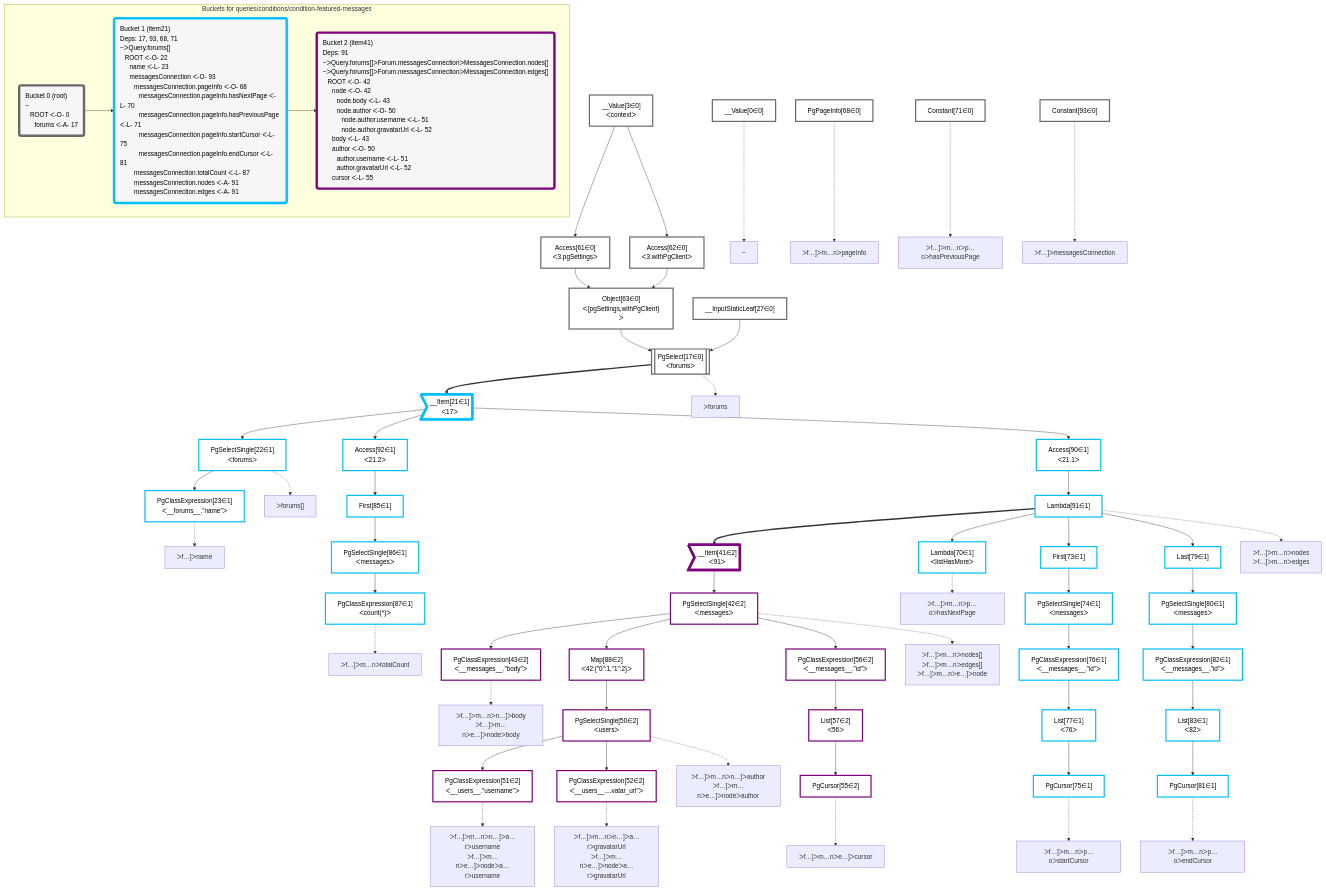
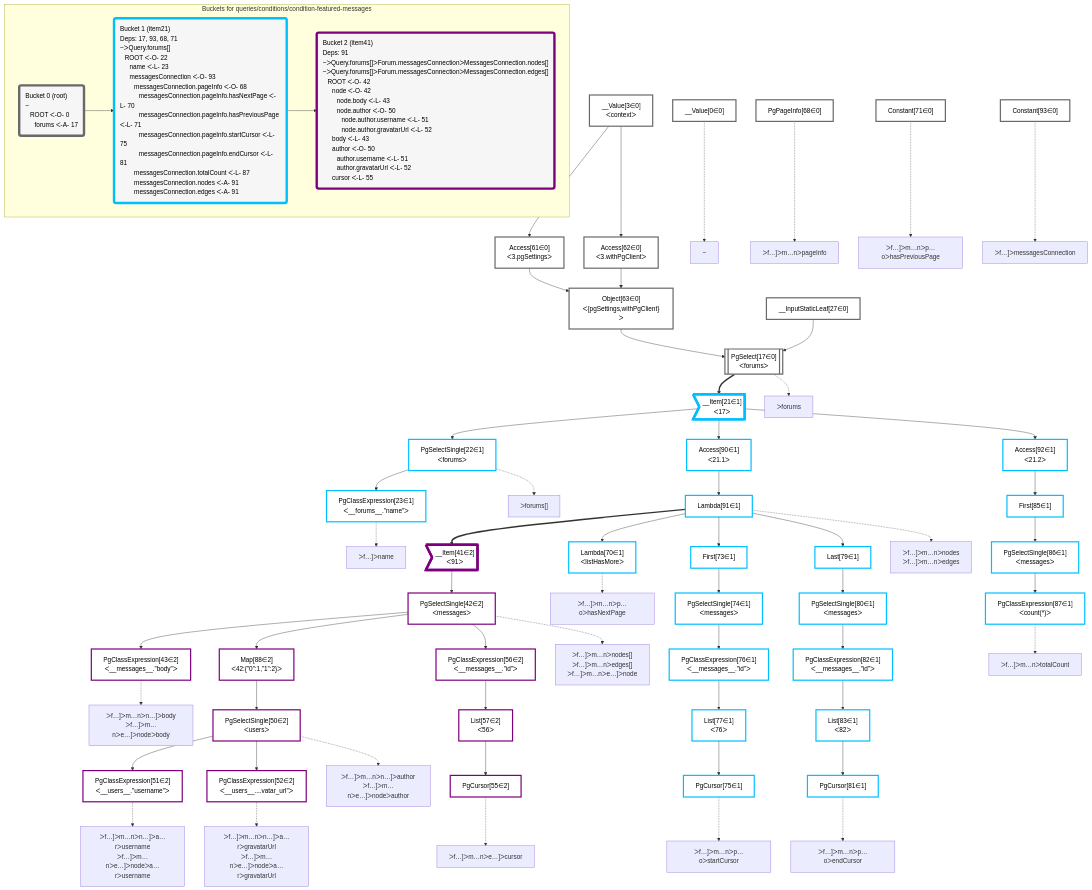
The diagram in packages/dataplan-pg/__tests__/queries/conditions/condition-featured-messages.mermaid.md (graphile/crystal), drawn with Mermaid before and after one commit. The commit also changed other lines of this file and 195 other files, not shown here.

Commit message:
Reorder graphs

```diff
--- a/packages/dataplan-pg/__tests__/queries/conditions/condition-featured-messages.mermaid.md
+++ b/packages/dataplan-pg/__tests__/queries/conditions/condition-featured-messages.mermaid.md
@@ -9,81 +9,81 @@
 
     %% define plans
     __Value0["__Value[0∈0]"]:::plan
+    __Value3["__Value[3∈0]<br />ᐸcontextᐳ"]:::plan
+    Access61["Access[61∈0]<br />ᐸ3.pgSettingsᐳ"]:::plan
+    Access62["Access[62∈0]<br />ᐸ3.withPgClientᐳ"]:::plan
+    Object63["Object[63∈0]<br />ᐸ{pgSettings,withPgClient}ᐳ"]:::plan
+    __InputStaticLeaf27["__InputStaticLeaf[27∈0]"]:::plan
+    PgSelect17[["PgSelect[17∈0]<br />ᐸforumsᐳ"]]:::plan
+    __Item21>"__Item[21∈1]<br />ᐸ17ᐳ"]:::itemplan
+    PgSelectSingle22["PgSelectSingle[22∈1]<br />ᐸforumsᐳ"]:::plan
     PgClassExpression23["PgClassExpression[23∈1]<br />ᐸ__forums__.”name”ᐳ"]:::plan
-    PgSelectSingle22["PgSelectSingle[22∈1]<br />ᐸforumsᐳ"]:::plan
-    PgClassExpression87["PgClassExpression[87∈1]<br />ᐸcount(*)ᐳ"]:::plan
-    PgSelectSingle86["PgSelectSingle[86∈1]<br />ᐸmessagesᐳ"]:::plan
-    First85["First[85∈1]"]:::plan
-    Access92["Access[92∈1]<br />ᐸ21.2ᐳ"]:::plan
+    Constant93["Constant[93∈0]"]:::plan
+    Access90["Access[90∈1]<br />ᐸ21.1ᐳ"]:::plan
+    Lambda91["Lambda[91∈1]"]:::plan
+    __Item41>"__Item[41∈2]<br />ᐸ91ᐳ"]:::itemplan
+    PgSelectSingle42["PgSelectSingle[42∈2]<br />ᐸmessagesᐳ"]:::plan
     PgClassExpression43["PgClassExpression[43∈2]<br />ᐸ__messages__.”body”ᐳ"]:::plan
+    Map88["Map[88∈2]<br />ᐸ42:{”0”:1,”1”:2}ᐳ"]:::plan
+    PgSelectSingle50["PgSelectSingle[50∈2]<br />ᐸusersᐳ"]:::plan
     PgClassExpression51["PgClassExpression[51∈2]<br />ᐸ__users__.”username”ᐳ"]:::plan
     PgClassExpression52["PgClassExpression[52∈2]<br />ᐸ__users__....vatar_url”ᐳ"]:::plan
-    PgSelectSingle50["PgSelectSingle[50∈2]<br />ᐸusersᐳ"]:::plan
-    Map88["Map[88∈2]<br />ᐸ42:{”0”:1,”1”:2}ᐳ"]:::plan
+    PgClassExpression56["PgClassExpression[56∈2]<br />ᐸ__messages__.”id”ᐳ"]:::plan
+    List57["List[57∈2]<br />ᐸ56ᐳ"]:::plan
     PgCursor55["PgCursor[55∈2]"]:::plan
-    List57["List[57∈2]<br />ᐸ56ᐳ"]:::plan
-    PgClassExpression56["PgClassExpression[56∈2]<br />ᐸ__messages__.”id”ᐳ"]:::plan
-    PgSelectSingle42["PgSelectSingle[42∈2]<br />ᐸmessagesᐳ"]:::plan
-    __Item41>"__Item[41∈2]<br />ᐸ91ᐳ"]:::itemplan
+    PgPageInfo68["PgPageInfo[68∈0]"]:::plan
     Lambda70["Lambda[70∈1]<br />ᐸlistHasMoreᐳ"]:::plan
+    Constant71["Constant[71∈0]"]:::plan
+    First73["First[73∈1]"]:::plan
+    PgSelectSingle74["PgSelectSingle[74∈1]<br />ᐸmessagesᐳ"]:::plan
+    PgClassExpression76["PgClassExpression[76∈1]<br />ᐸ__messages__.”id”ᐳ"]:::plan
+    List77["List[77∈1]<br />ᐸ76ᐳ"]:::plan
     PgCursor75["PgCursor[75∈1]"]:::plan
-    List77["List[77∈1]<br />ᐸ76ᐳ"]:::plan
-    PgClassExpression76["PgClassExpression[76∈1]<br />ᐸ__messages__.”id”ᐳ"]:::plan
-    PgSelectSingle74["PgSelectSingle[74∈1]<br />ᐸmessagesᐳ"]:::plan
-    First73["First[73∈1]"]:::plan
+    Last79["Last[79∈1]"]:::plan
+    PgSelectSingle80["PgSelectSingle[80∈1]<br />ᐸmessagesᐳ"]:::plan
+    PgClassExpression82["PgClassExpression[82∈1]<br />ᐸ__messages__.”id”ᐳ"]:::plan
+    List83["List[83∈1]<br />ᐸ82ᐳ"]:::plan
     PgCursor81["PgCursor[81∈1]"]:::plan
-    List83["List[83∈1]<br />ᐸ82ᐳ"]:::plan
-    PgClassExpression82["PgClassExpression[82∈1]<br />ᐸ__messages__.”id”ᐳ"]:::plan
-    PgSelectSingle80["PgSelectSingle[80∈1]<br />ᐸmessagesᐳ"]:::plan
-    Last79["Last[79∈1]"]:::plan
-    Lambda91["Lambda[91∈1]"]:::plan
-    Access90["Access[90∈1]<br />ᐸ21.1ᐳ"]:::plan
-    __Item21>"__Item[21∈1]<br />ᐸ17ᐳ"]:::itemplan
-    PgSelect17[["PgSelect[17∈0]<br />ᐸforumsᐳ"]]:::plan
-    Object63["Object[63∈0]<br />ᐸ{pgSettings,withPgClient}ᐳ"]:::plan
-    Access61["Access[61∈0]<br />ᐸ3.pgSettingsᐳ"]:::plan
-    Access62["Access[62∈0]<br />ᐸ3.withPgClientᐳ"]:::plan
-    __Value3["__Value[3∈0]<br />ᐸcontextᐳ"]:::plan
-    __InputStaticLeaf27["__InputStaticLeaf[27∈0]"]:::plan
-    Constant93["Constant[93∈0]"]:::plan
-    PgPageInfo68["PgPageInfo[68∈0]"]:::plan
-    Constant71["Constant[71∈0]"]:::plan
+    Access92["Access[92∈1]<br />ᐸ21.2ᐳ"]:::plan
+    First85["First[85∈1]"]:::plan
+    PgSelectSingle86["PgSelectSingle[86∈1]<br />ᐸmessagesᐳ"]:::plan
+    PgClassExpression87["PgClassExpression[87∈1]<br />ᐸcount(*)ᐳ"]:::plan
 
     %% plan dependencies
+    __Value3 --> Access61
+    __Value3 --> Access62
+    Access61 & Access62 --> Object63
+    Object63 & __InputStaticLeaf27 --> PgSelect17
+    PgSelect17 ==> __Item21
+    __Item21 --> PgSelectSingle22
     PgSelectSingle22 --> PgClassExpression23
-    __Item21 --> PgSelectSingle22
-    PgSelectSingle86 --> PgClassExpression87
-    First85 --> PgSelectSingle86
-    Access92 --> First85
-    __Item21 --> Access92
+    __Item21 --> Access90
+    Access90 --> Lambda91
+    Lambda91 ==> __Item41
+    __Item41 --> PgSelectSingle42
     PgSelectSingle42 --> PgClassExpression43
+    PgSelectSingle42 --> Map88
+    Map88 --> PgSelectSingle50
     PgSelectSingle50 --> PgClassExpression51
     PgSelectSingle50 --> PgClassExpression52
-    Map88 --> PgSelectSingle50
-    PgSelectSingle42 --> Map88
+    PgSelectSingle42 --> PgClassExpression56
+    PgClassExpression56 --> List57
     List57 --> PgCursor55
-    PgClassExpression56 --> List57
-    PgSelectSingle42 --> PgClassExpression56
-    __Item41 --> PgSelectSingle42
-    Lambda91 ==> __Item41
     Lambda91 --> Lambda70
+    Lambda91 --> First73
+    First73 --> PgSelectSingle74
+    PgSelectSingle74 --> PgClassExpression76
+    PgClassExpression76 --> List77
     List77 --> PgCursor75
-    PgClassExpression76 --> List77
-    PgSelectSingle74 --> PgClassExpression76
-    First73 --> PgSelectSingle74
-    Lambda91 --> First73
+    Lambda91 --> Last79
+    Last79 --> PgSelectSingle80
+    PgSelectSingle80 --> PgClassExpression82
+    PgClassExpression82 --> List83
     List83 --> PgCursor81
-    PgClassExpression82 --> List83
-    PgSelectSingle80 --> PgClassExpression82
-    Last79 --> PgSelectSingle80
-    Lambda91 --> Last79
-    Access90 --> Lambda91
-    __Item21 --> Access90
-    PgSelect17 ==> __Item21
-    Object63 & __InputStaticLeaf27 --> PgSelect17
-    Access61 & Access62 --> Object63
-    __Value3 --> Access61
-    __Value3 --> Access62
+    __Item21 --> Access92
+    Access92 --> First85
+    First85 --> PgSelectSingle86
+    PgSelectSingle86 --> PgClassExpression87
 
     %% plan-to-path relationships
     P0["~"]
```
